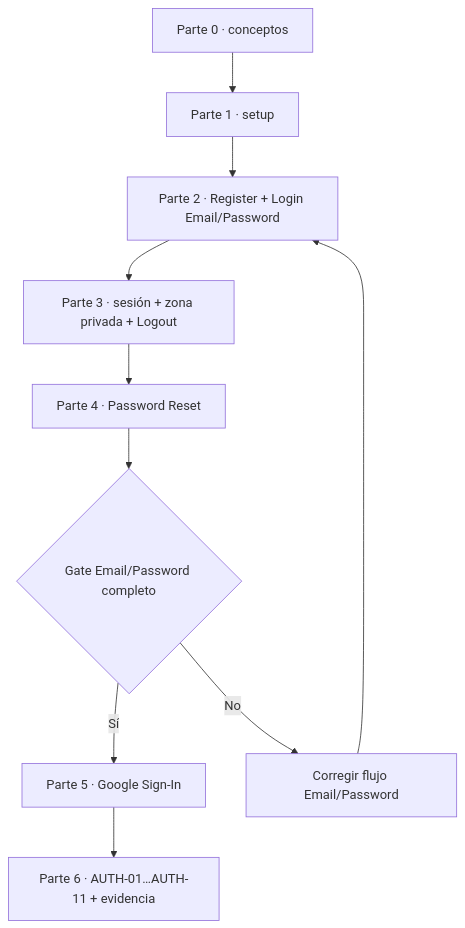
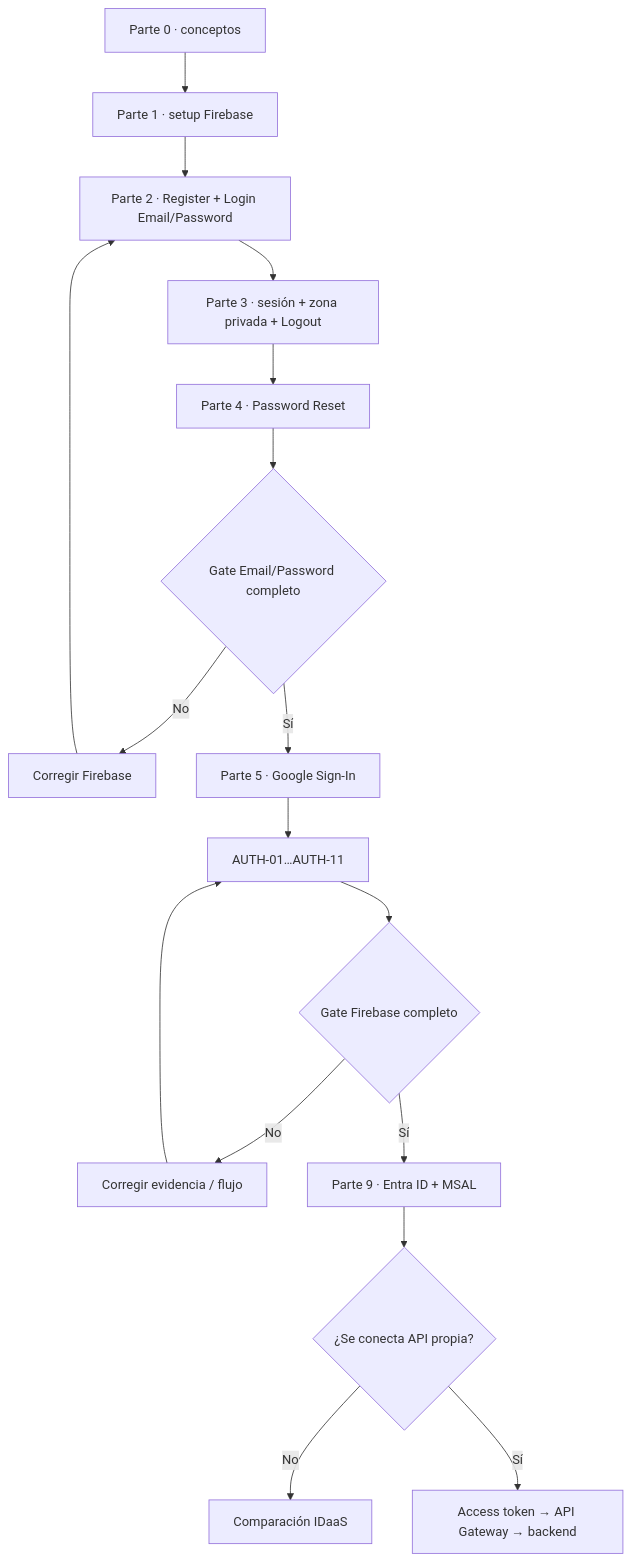
One commit to cmartinezs/DSY1107-DESARROLLO-CLOUD-NATIVE-I-2026-2 changed the second of 4 diagrams in labs/firebase-auth-miniapp/README.md. Above: the diagram before and after it, drawn with Mermaid. The commit also changed other lines of this file, not shown here.

Commit message:
docs(lab): integrate MSAL as third identity stage

````diff
--- a/labs/firebase-auth-miniapp/README.md
+++ b/labs/firebase-auth-miniapp/README.md
@@ -155,12 +202,19 @@
 ```mermaid
 flowchart TD
-    P0[Parte 0 · conceptos] --> P1[Parte 1 · setup]
+    P0[Parte 0 · conceptos] --> P1[Parte 1 · setup Firebase]
     P1 --> P2[Parte 2 · Register + Login Email/Password]
     P2 --> P3[Parte 3 · sesión + zona privada + Logout]
     P3 --> P4[Parte 4 · Password Reset]
-    P4 --> G{Gate Email/Password completo}
-    G -- Sí --> P5[Parte 5 · Google Sign-In]
-    G -- No --> FIX[Corregir flujo Email/Password]
-    FIX --> P2
-    P5 --> P6[Parte 6 · AUTH-01…AUTH-11 + evidencia]
+    P4 --> G1{Gate Email/Password completo}
+    G1 -- No --> FIX1[Corregir Firebase]
+    FIX1 --> P2
+    G1 -- Sí --> P5[Parte 5 · Google Sign-In]
+    P5 --> P6[AUTH-01…AUTH-11]
+    P6 --> G2{Gate Firebase completo}
+    G2 -- No --> FIX2[Corregir evidencia / flujo]
+    FIX2 --> P6
+    G2 -- Sí --> P9[Parte 9 · Entra ID + MSAL]
+    P9 --> API{¿Se conecta API propia?}
+    API -- No --> COMP[Comparación IDaaS]
+    API -- Sí --> GW[Access token → API Gateway → backend]
 ```
````
